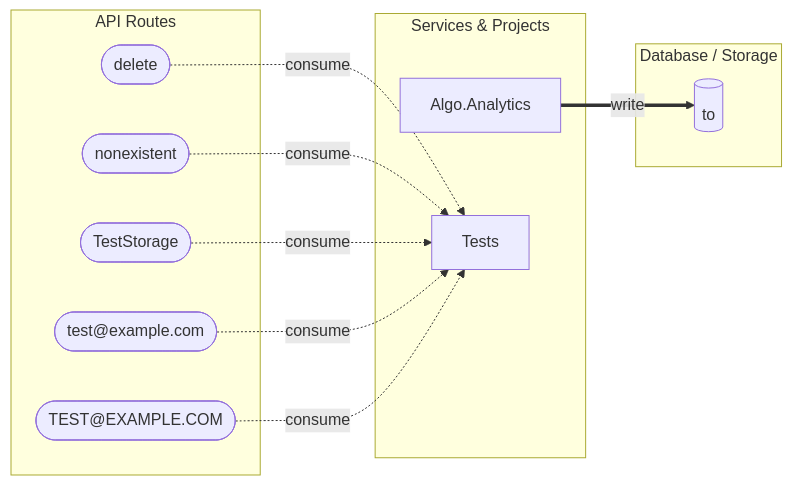
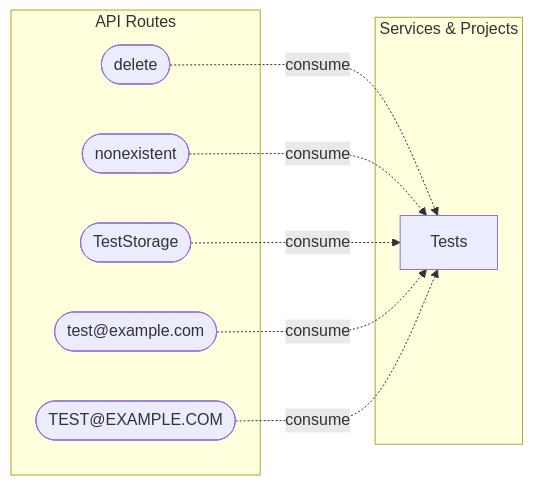
One commit to GanizaniSitara/tools-static-analysis changed the diagram in output-stocksharp/docs/diagrams/data-flow.mmd. Above: the diagram before and after it, drawn with Mermaid. The commit also changed 29 other files, not shown here.

```diff
--- a/output-stocksharp/docs/diagrams/data-flow.mmd
+++ b/output-stocksharp/docs/diagrams/data-flow.mmd
@@ -1,21 +1,16 @@
 graph LR
     subgraph Projects["Services & Projects"]
-        Algo_Analytics["Algo.Analytics"]
         Tests["Tests"]
-    end
-    subgraph Database["Database / Storage"]
-        table_to[("to")]
     end
     subgraph APIs["API Routes"]
         url_delete(["delete"])
         url_nonexistent(["nonexistent"])
         url_TestStorage(["TestStorage"])
         url_test_example_com(["test@example.com"])
         url_TEST_EXAMPLE_COM(["TEST@EXAMPLE.COM"])
     end
-    Algo_Analytics ==>|write| table_to
     url_delete -.->|consume| Tests
     url_nonexistent -.->|consume| Tests
     url_TestStorage -.->|consume| Tests
     url_test_example_com -.->|consume| Tests
     url_TEST_EXAMPLE_COM -.->|consume| Tests
```
